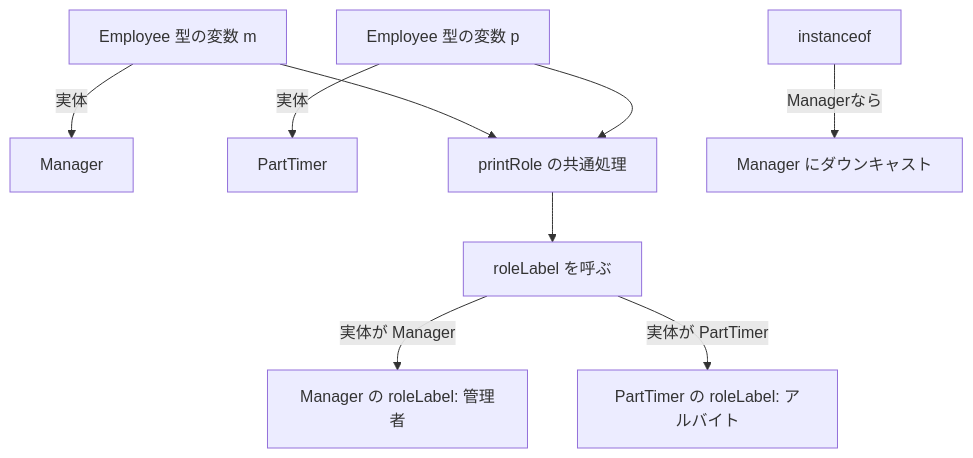
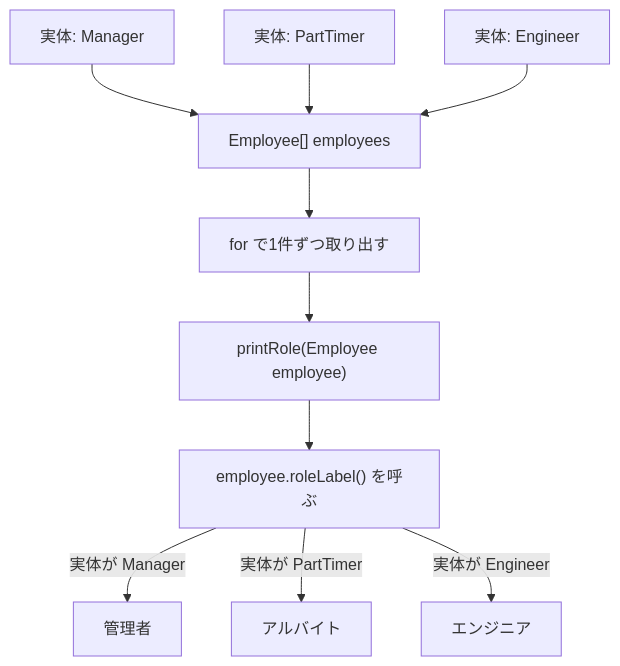
Before and after one commit to kiyomiya38/order-management-springboot: the diagram in docs/curriculum/java/java-handson/java-15-polymorphism.md, drawn with Mermaid. The commit also changed other lines of this file and 82 other files, not shown here.

````diff
--- a/docs/curriculum/java/java-handson/java-15-polymorphism.md
+++ b/docs/curriculum/java/java-handson/java-15-polymorphism.md
@@ -31,14 +52,14 @@
 ```mermaid
 flowchart TD
-  MVAR["Employee 型の変数 m"] -->|実体| MGR["Manager"]
-  PVAR["Employee 型の変数 p"] -->|実体| PT["PartTimer"]
+  ARRAY["Employee[] employees"] --> LOOP["for で1件ずつ取り出す"]
+  LOOP --> PRINT["printRole(Employee employee)"]
+  PRINT --> CALL["employee.roleLabel() を呼ぶ"]
 
-  PRINT["printRole の共通処理"] --> CALL["roleLabel を呼ぶ"]
-  MVAR --> PRINT
-  PVAR --> PRINT
+  MGR["実体: Manager"] --> ARRAY
+  PT["実体: PartTimer"] --> ARRAY
+  ENG["実体: Engineer"] --> ARRAY
 
-  CALL -->|実体が Manager| MROLE["Manager の roleLabel: 管理者"]
-  CALL -->|実体が PartTimer| PROLE["PartTimer の roleLabel: アルバイト"]
-
-  CHECK["instanceof"] -->|Managerなら| CAST["Manager にダウンキャスト"]
+  CALL -->|実体が Manager| MROLE["管理者"]
+  CALL -->|実体が PartTimer| PROLE["アルバイト"]
+  CALL -->|実体が Engineer| EROLE["エンジニア"]
 ```
````
